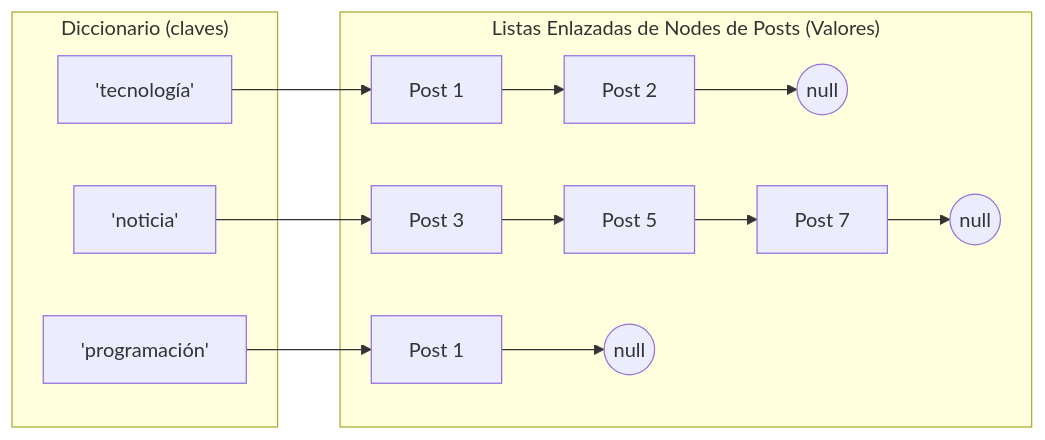
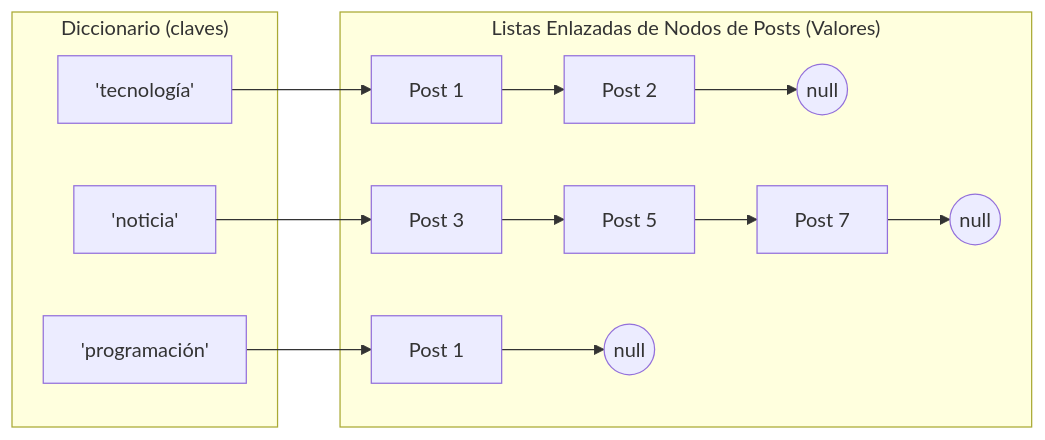
The first of 2 diagrams in README.md (College-Homework-Repos/tarea1-estructura-de-datos-twitter-dataset), drawn with Mermaid before and after one commit. The commit also changed other lines of this file, not shown here.

Commit message:
Add diagrams of created data structures
Added section for data structure diagrams to README.

````diff
--- a/README.md
+++ b/README.md
@@ -19,22 +20,22 @@
 ```mermaid
 graph LR
     subgraph D["Diccionario (claves)"]
         T1['tecnología']
         T2['noticia']
         T3['programación']
     end
 
-    subgraph L ["Listas Enlazadas de Nodes de Posts (Valores)"]
+    subgraph L ["Listas Enlazadas de Nodos de Posts (Valores)"]
         T1 --> PostA1[Post 1]
         PostA1 --> PostA2[Post 2]
         PostA2 --> NullA((null))
 
         T2 --> PostB1[Post 3]
         PostB1 --> PostB2[Post 5]
         PostB2 --> PostB3[Post 7]
         PostB3 --> NullB((null))
 
         T3 --> PostC1[Post 1]
         PostC1 --> NullC((null))
     end
 ```
````
